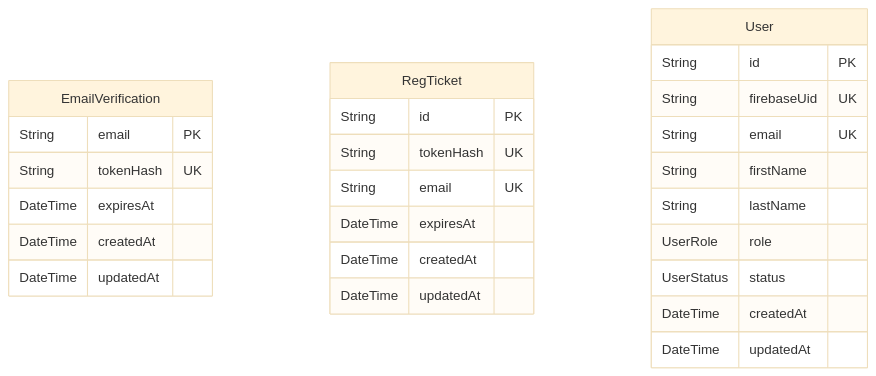
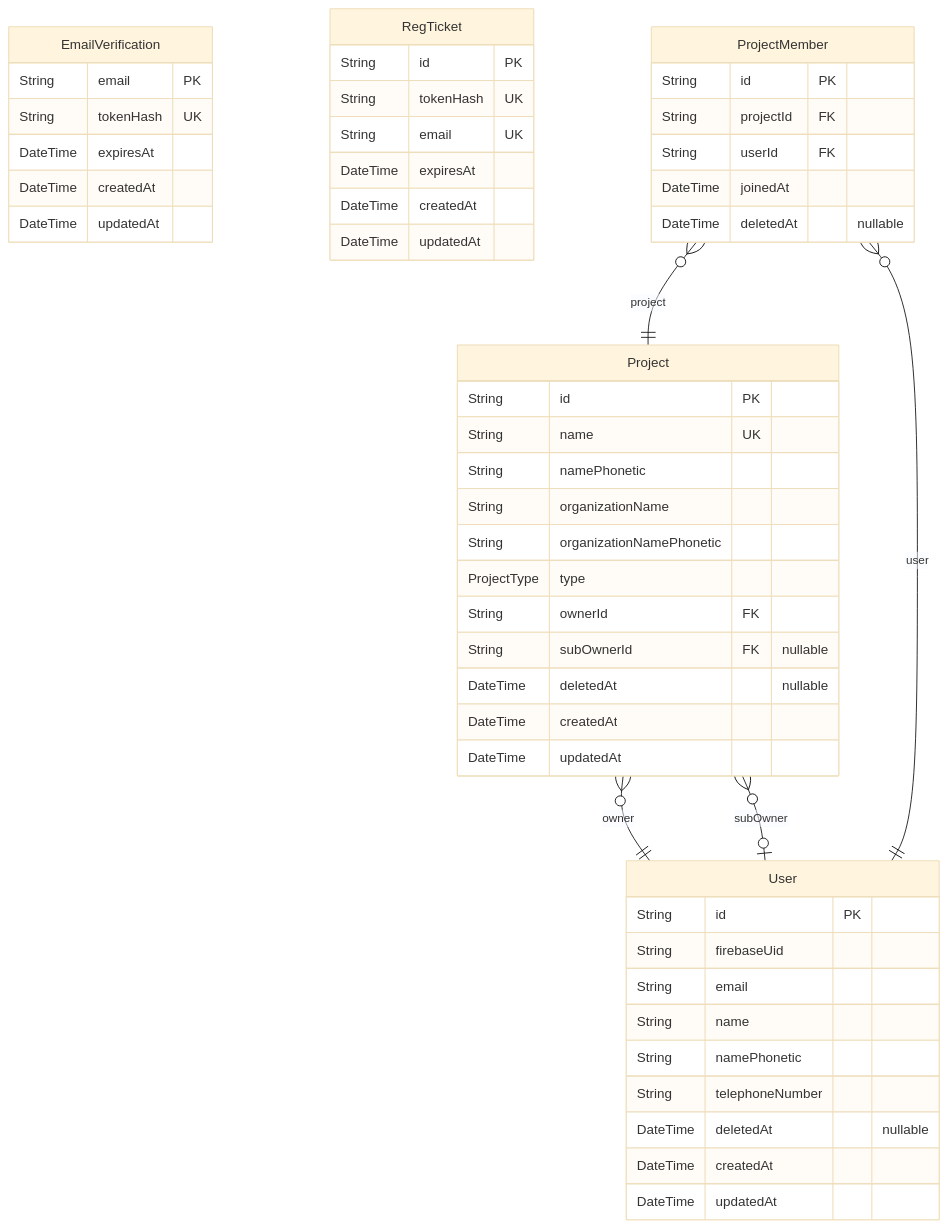
The diagram in apps/api/prisma/ERD.md (sohosai/sos26), drawn with Mermaid (base theme) before and after one commit. The commit also changed other lines of this file and 1 other file, not shown here.

Commit message:
add Project

````diff
--- a/apps/api/prisma/ERD.md
+++ b/apps/api/prisma/ERD.md
@@ -9,29 +9,53 @@
 ```mermaid
 erDiagram
 "EmailVerification" {
   String email PK
   String tokenHash UK
   DateTime expiresAt
   DateTime createdAt
   DateTime updatedAt
 }
 "RegTicket" {
   String id PK
   String tokenHash UK
   String email UK
   DateTime expiresAt
   DateTime createdAt
   DateTime updatedAt
 }
 "User" {
   String id PK
-  String firebaseUid UK
-  String email UK
-  String firstName
-  String lastName
-  UserRole role
-  UserStatus status
+  String firebaseUid
+  String email
+  String name
+  String namePhonetic
+  String telephoneNumber
+  DateTime deletedAt "nullable"
   DateTime createdAt
   DateTime updatedAt
 }
+"Project" {
+  String id PK
+  String name UK
+  String namePhonetic
+  String organizationName
+  String organizationNamePhonetic
+  ProjectType type
+  String ownerId FK
+  String subOwnerId FK "nullable"
+  DateTime deletedAt "nullable"
+  DateTime createdAt
+  DateTime updatedAt
+}
+"ProjectMember" {
+  String id PK
+  String projectId FK
+  String userId FK
+  DateTime joinedAt
+  DateTime deletedAt "nullable"
+}
+"Project" }o--|| "User" : owner
+"Project" }o--o| "User" : subOwner
+"ProjectMember" }o--|| "Project" : project
+"ProjectMember" }o--|| "User" : user
 ```
````
